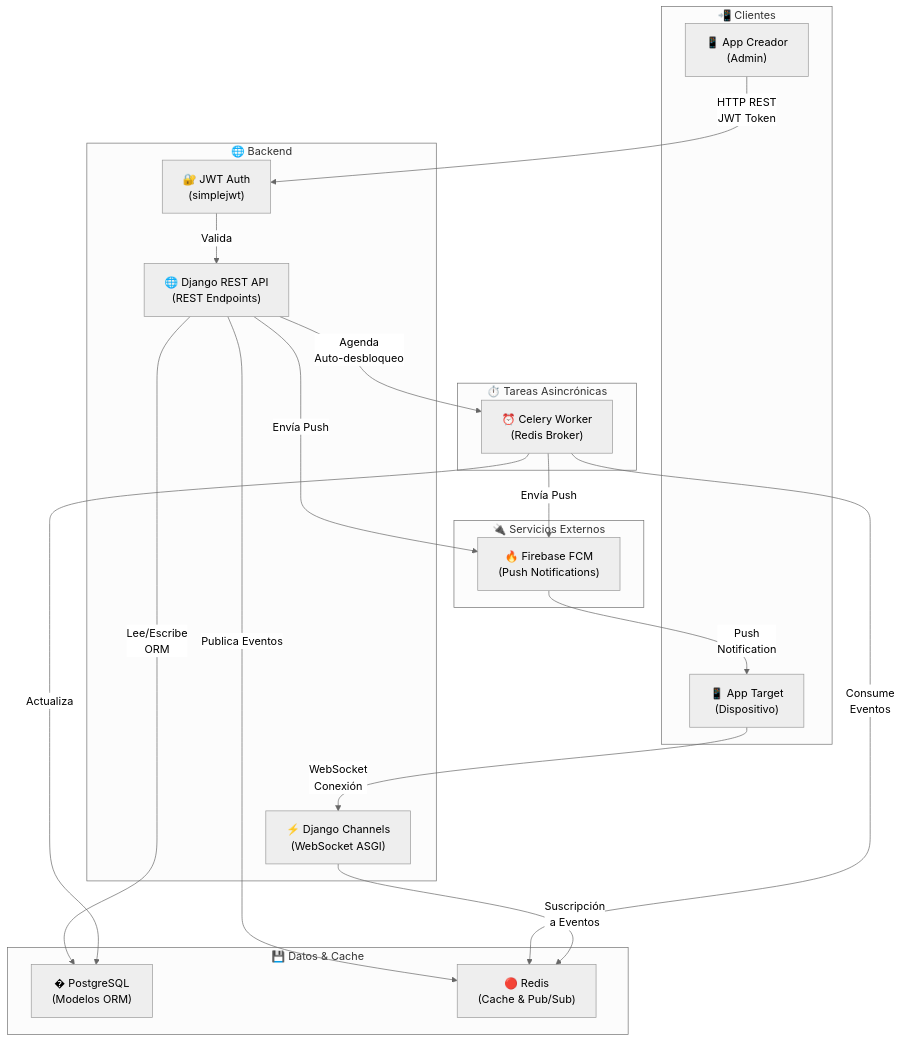
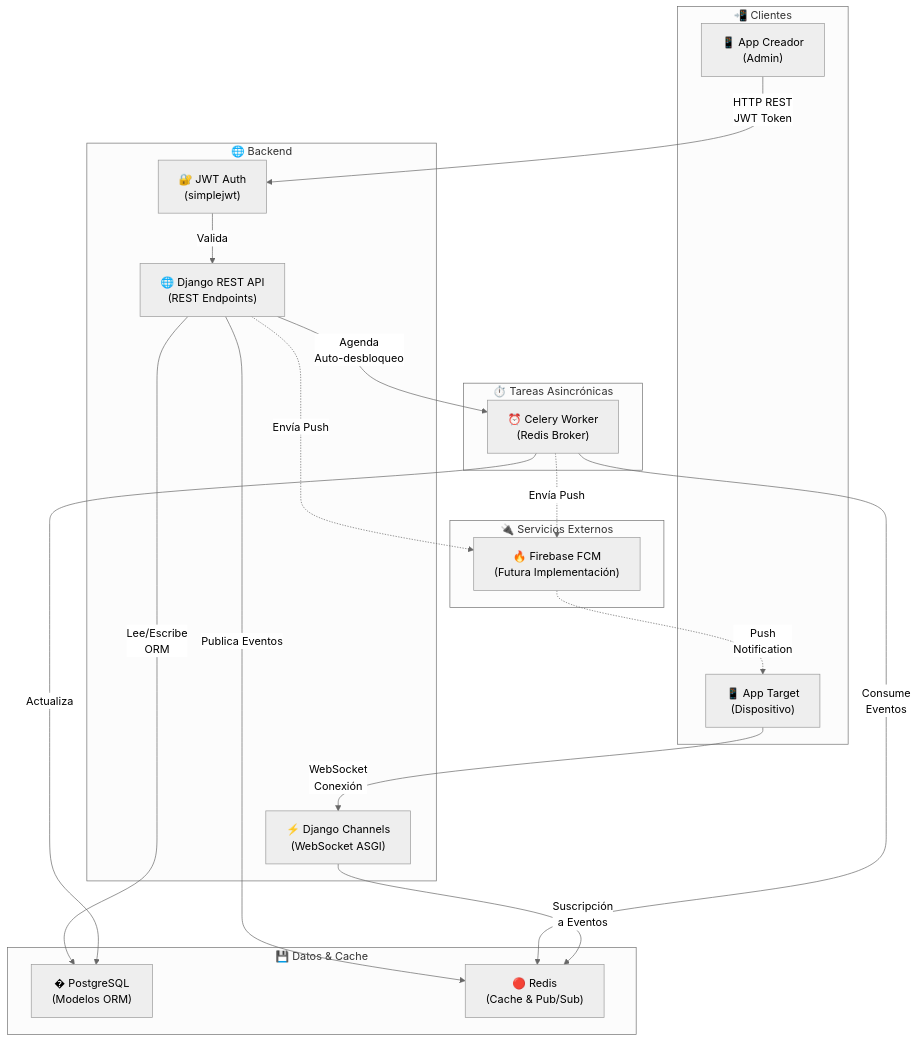
Before and after one commit to JORGUINHO98/secure-lock: the first of 4 diagrams in README.md, drawn with Mermaid (neutral theme). The commit also changed other lines of this file, not shown here.

````diff
--- a/README.md
+++ b/README.md
@@ -25,46 +27,46 @@
 ```mermaid
 graph TB
     subgraph Clientes["📲 Clientes"]
         C["📱 App Creador<br/>(Admin)"]
         T["📱 App Target<br/>(Dispositivo)"]
     end
     
     subgraph Backend["🌐 Backend"]
         API["🌐 Django REST API<br/>(REST Endpoints)"]
         WS["⚡ Django Channels<br/>(WebSocket ASGI)"]
         AUTH["🔐 JWT Auth<br/>(simplejwt)"]
     end
 
     subgraph Workers["⏱️ Tareas Asincrónicas"]
         Celery["⏰ Celery Worker<br/>(Redis Broker)"]
     end
 
     subgraph Data["💾 Datos & Cache"]
         DB["� PostgreSQL<br/>(Modelos ORM)"]
         Redis["🔴 Redis<br/>(Cache & Pub/Sub)"]
     end
 
     subgraph External["🔌 Servicios Externos"]
-        FCM["🔥 Firebase FCM<br/>(Push Notifications)"]
+        FCM["🔥 Firebase FCM<br/>(Futura Implementación)"]
     end
 
     %% Relaciones del Creador
     C -->|HTTP REST<br/>JWT Token| AUTH
     AUTH -->|Valida| API
     
     %% Lógica de la API
     API -->|Lee/Escribe<br/>ORM| DB
     API -->|Publica Eventos| Redis
     API -->|Agenda<br/>Auto-desbloqueo| Celery
-    API -->|Envía Push| FCM
+    API -.->|Envía Push| FCM
     
     %% Tareas Asíncronas
     Celery -->|Consume<br/>Eventos| Redis
     Celery -->|Actualiza| DB
-    Celery -->|Envía Push| FCM
+    Celery -.->|Envía Push| FCM
     
     %% Relaciones del Target
     T -->|WebSocket<br/>Conexión| WS
     WS -->|Suscripción<br/>a Eventos| Redis
-    FCM -->|Push<br/>Notification| T
+    FCM -.->|Push<br/>Notification| T
 ```
````
